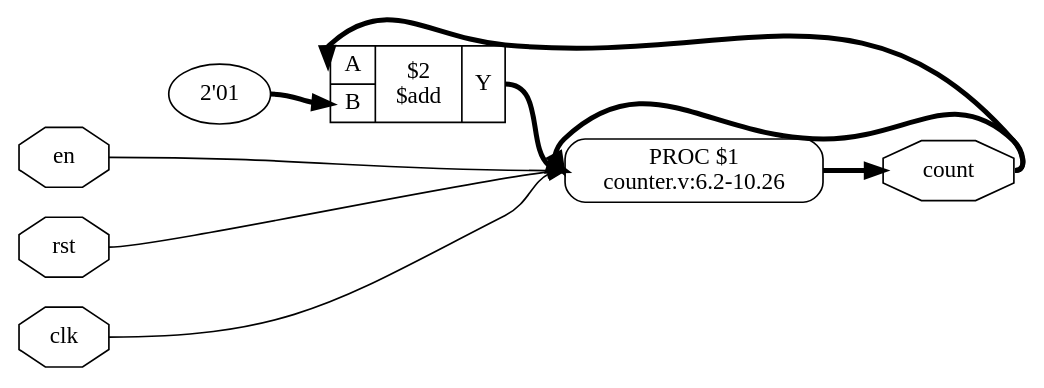
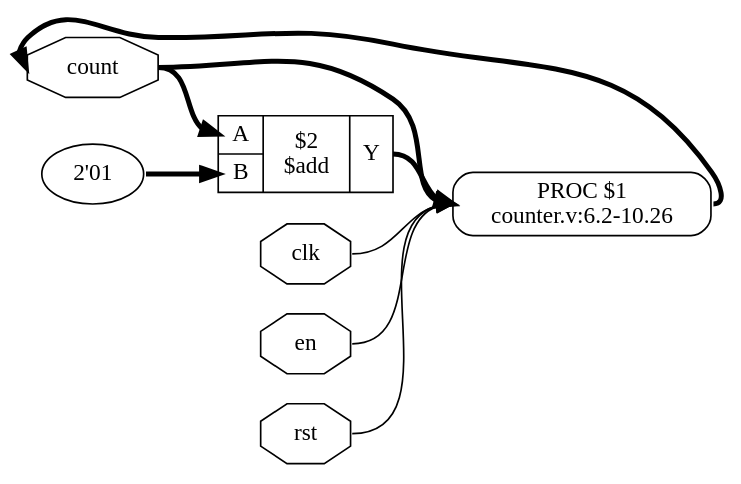
Before and after one commit to YosysHQ-Docs/yosys-cmd-ref: the diagram in source/_images/res/PRESENTATION_Intro/counter_00.dot, drawn with Graphviz. The commit also changed 112 other files, not shown here.

```diff
--- a/source/_images/res/PRESENTATION_Intro/counter_00.dot
+++ b/source/_images/res/PRESENTATION_Intro/counter_00.dot
@@ -1,21 +1,19 @@
 digraph "counter" {
 rankdir="LR";
 remincross=true;
 n3 [ shape=octagon, label="count", color="black", fontcolor="black" ];
 n4 [ shape=octagon, label="en", color="black", fontcolor="black" ];
 n5 [ shape=octagon, label="rst", color="black", fontcolor="black" ];
 n6 [ shape=octagon, label="clk", color="black", fontcolor="black" ];
-{ rank="source"; n4; n5; n6;}
-{ rank="sink"; n3;}
 v0 [ label="2'01" ];
 c10 [ shape=record, label="{{<p7> A|<p8> B}|$2\n$add|{<p9> Y}}",  ];
 p1 [shape=box, style=rounded, label="PROC $1\ncounter.v:6.2-10.26"];
 c10:p9:e -> p1:w [color="black", fontcolor="black", style="setlinewidth(3)", label=""];
 p1:e -> n3:w [color="black", fontcolor="black", style="setlinewidth(3)", label=""];
 n3:e -> c10:p7:w [color="black", fontcolor="black", style="setlinewidth(3)", label=""];
 n3:e -> p1:w [color="black", fontcolor="black", style="setlinewidth(3)", label=""];
 n4:e -> p1:w [color="black", fontcolor="black", label=""];
 n5:e -> p1:w [color="black", fontcolor="black", label=""];
 n6:e -> p1:w [color="black", fontcolor="black", label=""];
 v0:e -> c10:p8:w [color="black", fontcolor="black", style="setlinewidth(3)", label=""];
 }
```
